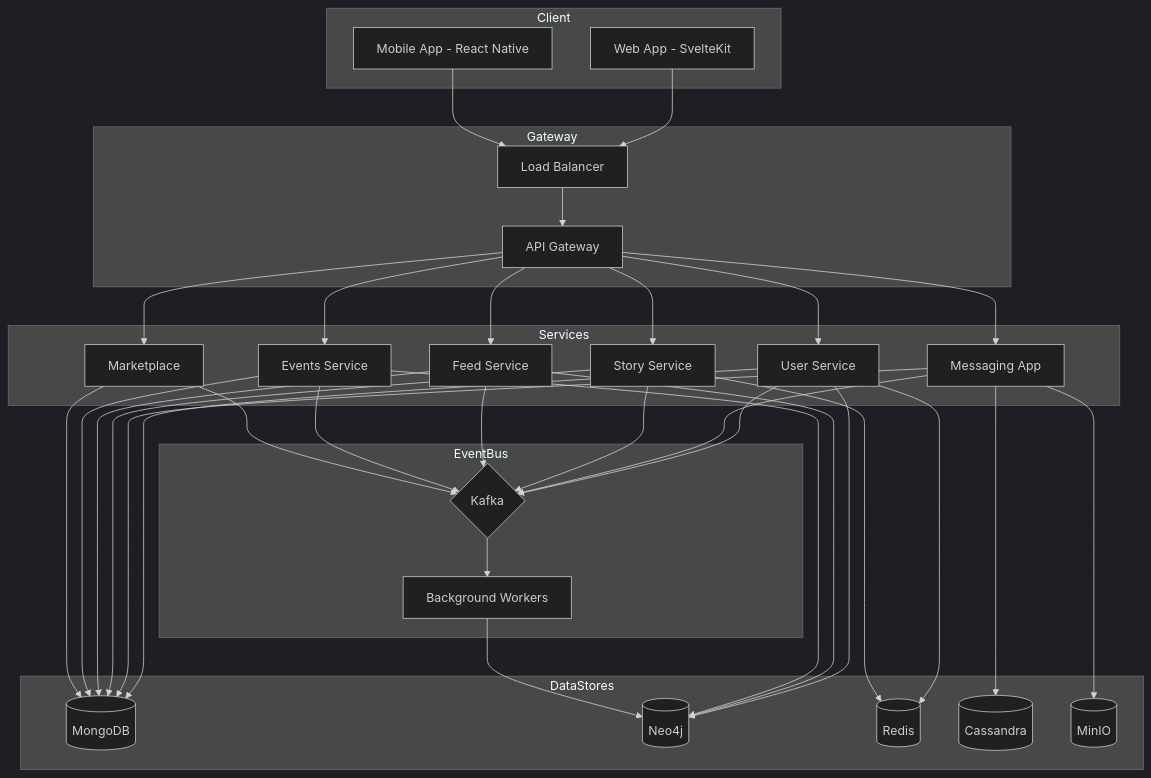
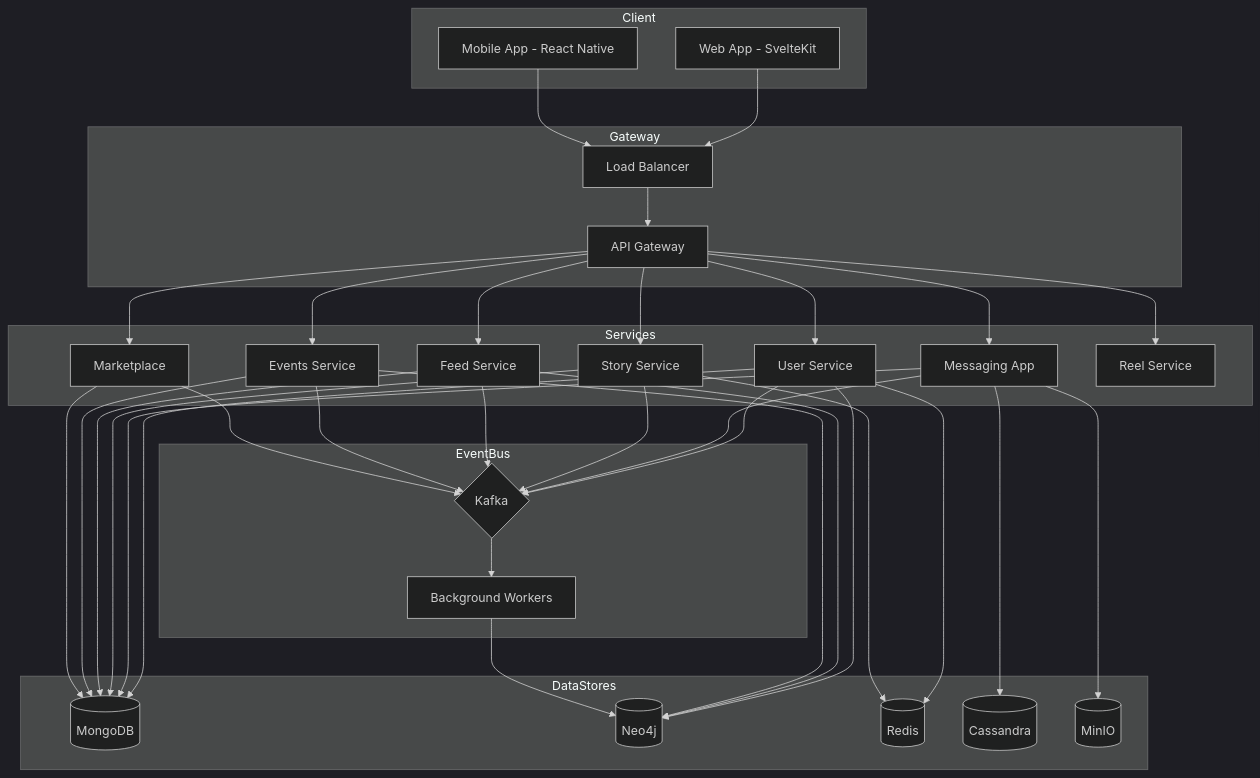
Before and after one commit to MuhibNayem/connectify-v2: the diagram in README.md, drawn with Mermaid (dark theme). The commit also changed other lines of this file and 8 other files, not shown here.

Commit message:
feat: Introduce `reel-service` microservice and refactor `messaging-app` to use a gRPC client for reel functionality.

````diff
--- a/README.md
+++ b/README.md
@@ -103,58 +103,59 @@
 ```mermaid
 graph TD
     subgraph Client
         Web[Web App - SvelteKit]
         Mobile[Mobile App - React Native]
     end
 
     subgraph Gateway
         LB[Load Balancer]
         API[API Gateway]
     end
 
     Web --> LB
     Mobile --> LB
     LB --> API
 
     subgraph Services
         API --> UserSvc[User Service]
         API --> MsgSvc[Messaging App]
         API --> StorySvc[Story Service]
         API --> FeedSvc[Feed Service]
         API --> EventSvc[Events Service]
         API --> MktSvc[Marketplace]
+        API --> ReelSvc[Reel Service]
     end
 
     subgraph DataStores
         UserSvc --> MongoDB[(MongoDB)]
         UserSvc --> Neo4j[(Neo4j)]
         UserSvc --> Redis[(Redis)]
         
         MsgSvc --> MongoDB
         MsgSvc --> Cassandra[(Cassandra)]
         MsgSvc --> MinIO[(MinIO)]
         
         StorySvc --> MongoDB
         StorySvc --> Redis
         
         FeedSvc --> MongoDB
         FeedSvc --> Neo4j
         
         EventSvc --> MongoDB
         EventSvc --> Neo4j
         
         MktSvc --> MongoDB
     end
 
     subgraph EventBus
         UserSvc --> Kafka{Kafka}
         MsgSvc --> Kafka
         StorySvc --> Kafka
         FeedSvc --> Kafka
         EventSvc --> Kafka
         MktSvc --> Kafka
         
         Kafka --> Workers[Background Workers]
         Workers --> Neo4j
     end
 ```
````
